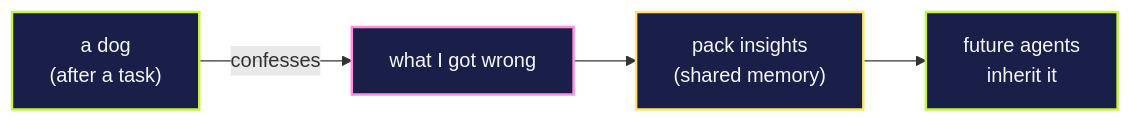
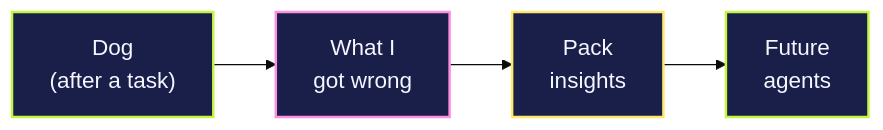
The second of 3 diagrams in README.md (bkawa-bot/planet-maiko), drawn with Mermaid before and after one commit. The commit also changed other lines of this file, not shown here.

First line of the commit message:
README diagrams: shorter labels + 18px fontSize so text reads

````diff
--- a/README.md
+++ b/README.md
@@ -53,12 +52,13 @@
 ```mermaid
+%%{init: {'theme':'base','themeVariables':{'fontSize':'18px'}}}%%
 flowchart LR
-  DOG["a dog<br/>(after a task)"]:::pack
-  NOTE["what I got wrong"]:::signal
-  MEM["pack insights<br/>(shared memory)"]:::mem
-  NEW["future agents<br/>inherit it"]:::pack
-  DOG -->|"confesses"| NOTE --> MEM --> NEW
+  DOG["Dog<br/>(after a task)"]:::pack
+  NOTE["What I<br/>got wrong"]:::signal
+  MEM["Pack<br/>insights"]:::mem
+  NEW["Future<br/>agents"]:::pack
+  DOG --> NOTE --> MEM --> NEW
 
   classDef pack fill:#1A1F4A,stroke:#C4F542,stroke-width:2px,color:#F4F7FF;
   classDef signal fill:#1A1F4A,stroke:#FF8FE0,stroke-width:2px,color:#F4F7FF;
   classDef mem fill:#1A1F4A,stroke:#FFE66D,stroke-width:2px,color:#F4F7FF;
 ```
````
